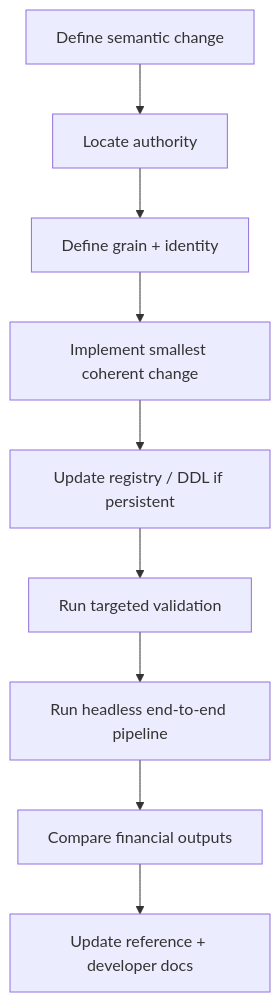
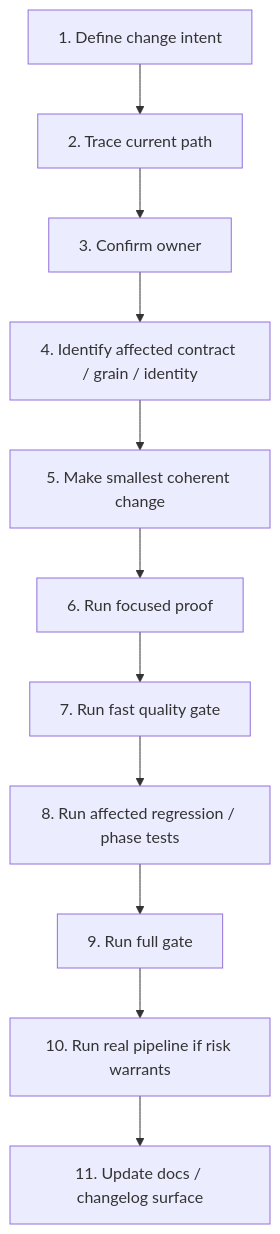
Before and after one commit to tks18/personal-finance-etl: the fifth of 5 diagrams in docs/developer/development-guide.md, drawn with Mermaid. The commit also changed other lines of this file and 8 other files, not shown here.

````diff
--- a/docs/developer/development-guide.md
+++ b/docs/developer/development-guide.md
@@ -227,11 +627,16 @@
 ```mermaid
 flowchart TD
-    A[Define semantic change] --> B[Locate authority]
-    B --> C[Define grain + identity]
-    C --> D[Implement smallest coherent change]
-    D --> E[Update registry / DDL if persistent]
-    E --> F[Run targeted validation]
-    F --> G[Run headless end-to-end pipeline]
-    G --> H[Compare financial outputs]
-    H --> I[Update reference + developer docs]
+    INTENT[1. Define change intent]
+    TRACE[2. Trace current path]
+    OWNER[3. Confirm owner]
+    CONTRACT[4. Identify affected contract / grain / identity]
+    EDIT[5. Make smallest coherent change]
+    UNIT[6. Run focused proof]
+    FAST[7. Run fast quality gate]
+    REG[8. Run affected regression / phase tests]
+    FULL[9. Run full gate]
+    PIPE[10. Run real pipeline if risk warrants]
+    DOC[11. Update docs / changelog surface]
+
+    INTENT --> TRACE --> OWNER --> CONTRACT --> EDIT --> UNIT --> FAST --> REG --> FULL --> PIPE --> DOC
 ```
````
